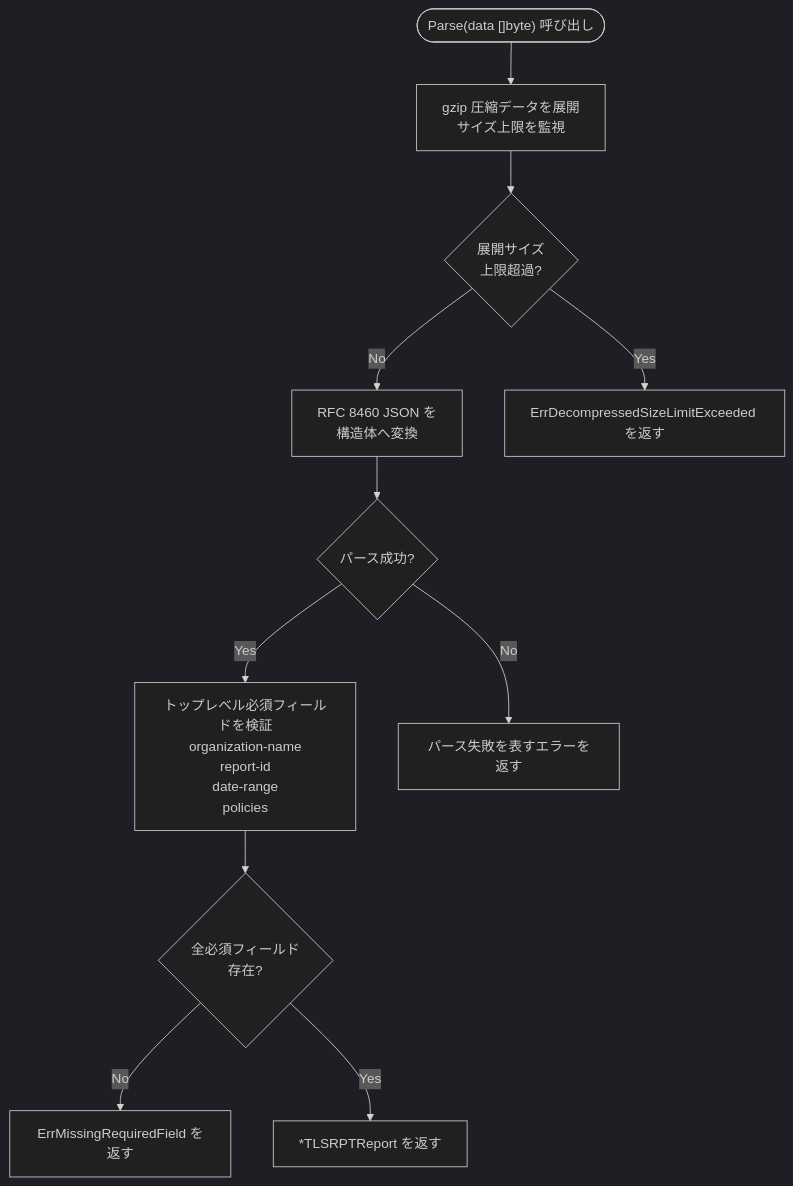
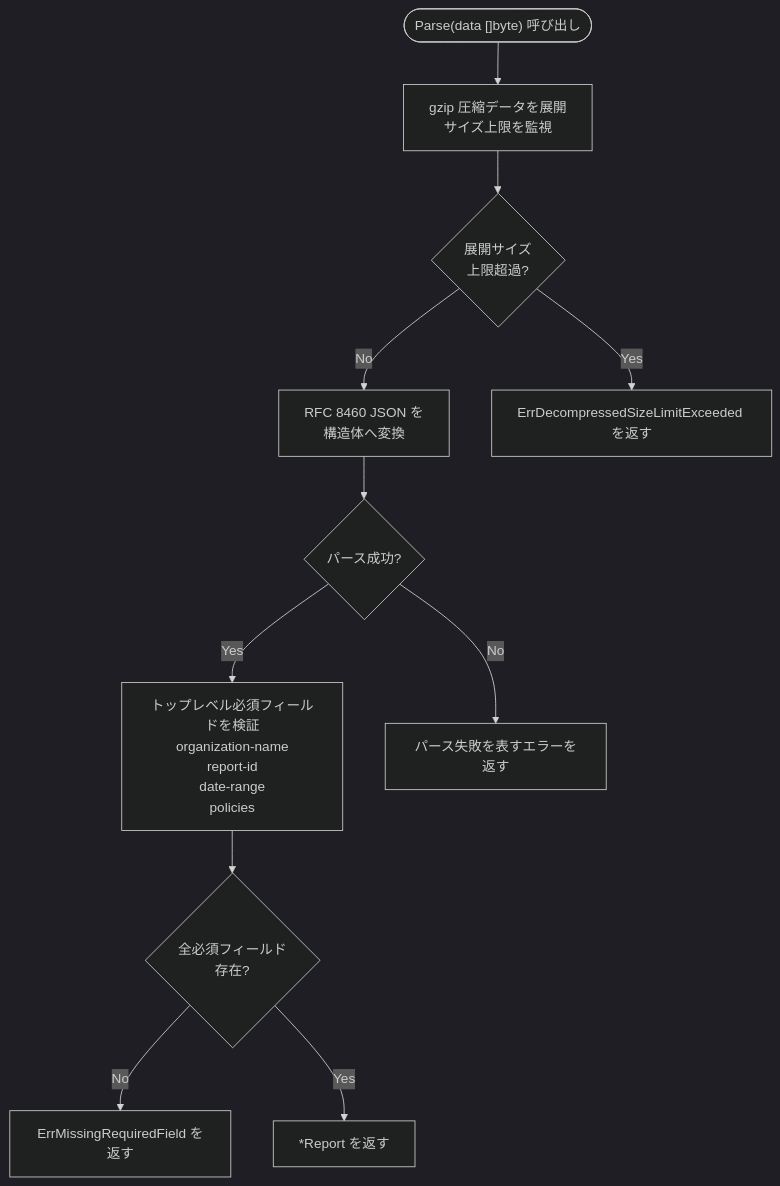
The sixth of 7 diagrams in docs/tasks/0020_tlsrpt/02_architecture.md (isseis/tlsrpt-digest), drawn with Mermaid (dark theme) before and after one commit. The commit also changed other lines of this file and 3 other files, not shown here.

First line of the commit message:
docs: rename TLSRPTReport to Report to avoid package name stutter

````diff
--- a/docs/tasks/0020_tlsrpt/02_architecture.md
+++ b/docs/tasks/0020_tlsrpt/02_architecture.md
@@ -282,25 +282,25 @@
 ```mermaid
 flowchart TD
     Start(["Parse(data []byte) 呼び出し"])
     Decompress["gzip 圧縮データを展開<br>サイズ上限を監視"]
     CheckSize{"展開サイズ<br>上限超過?"}
     ParseJSON["RFC 8460 JSON を<br>構造体へ変換"]
     CheckJSON{"パース成功?"}
     Validate["トップレベル必須フィールドを検証<br>organization-name<br>report-id<br>date-range<br>policies"]
     CheckField{"全必須フィールド<br>存在?"}
-    ReturnOK["*TLSRPTReport を返す"]
+    ReturnOK["*Report を返す"]
     ErrSize["ErrDecompressedSizeLimitExceeded を返す"]
     ErrJSON["パース失敗を表すエラーを返す"]
     ErrField["ErrMissingRequiredField を返す"]
 
     Start --> Decompress
     Decompress --> CheckSize
     CheckSize -->|"Yes"| ErrSize
     CheckSize -->|"No"| ParseJSON
     ParseJSON --> CheckJSON
     CheckJSON -->|"No"| ErrJSON
     CheckJSON -->|"Yes"| Validate
     Validate --> CheckField
     CheckField -->|"No"| ErrField
     CheckField -->|"Yes"| ReturnOK
 ```
````
